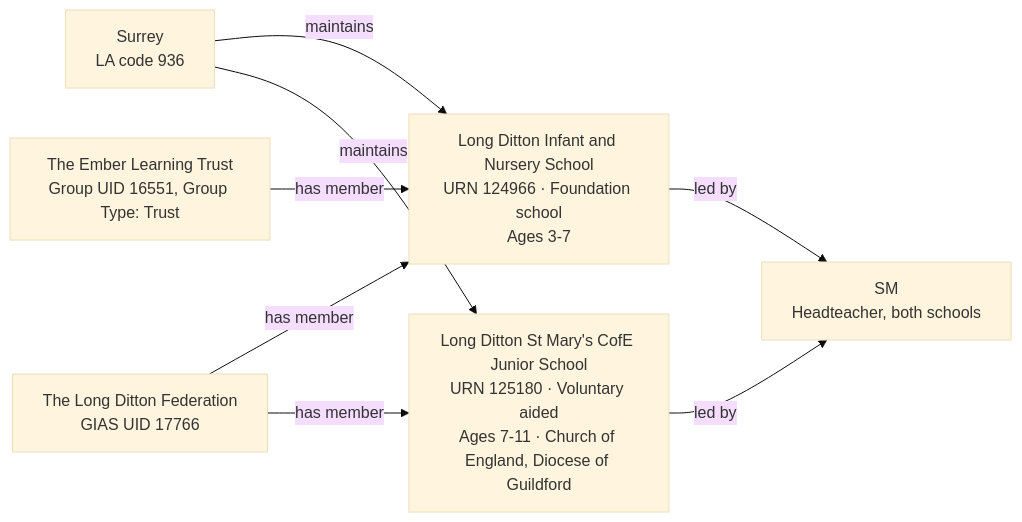
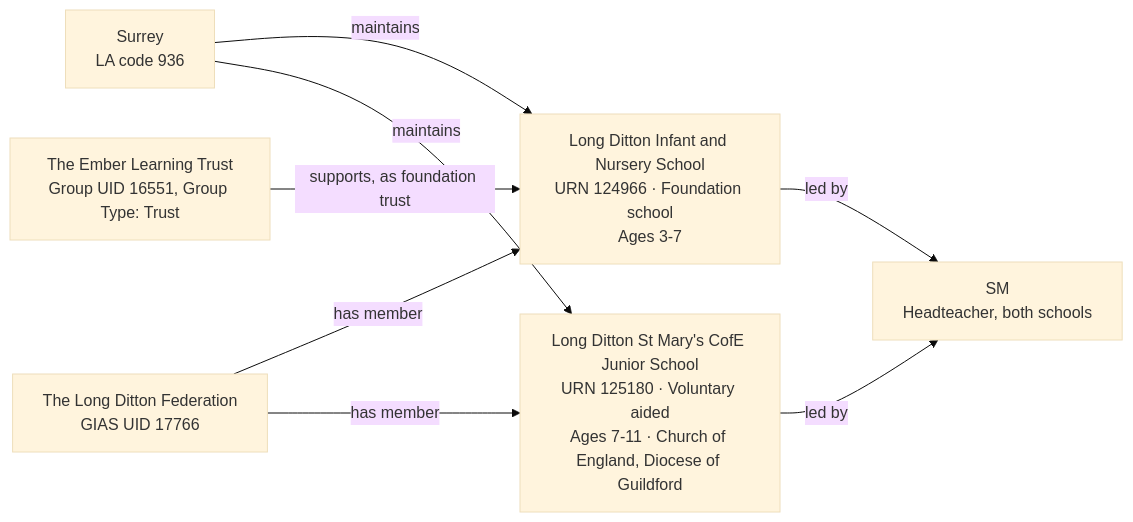
One commit to DFE-Digital/education-provider-registry-docs changed the diagram in docs-site/content/models/establishment/worked-examples/long-ditton/index.md. Above: the diagram before and after it, drawn with Mermaid (base theme). The commit also changed other lines of this file and 100 other files, not shown here.

````diff
--- a/docs-site/content/models/establishment/worked-examples/long-ditton/index.md
+++ b/docs-site/content/models/establishment/worked-examples/long-ditton/index.md
@@ -38,17 +38,17 @@
 ```mermaid
 flowchart LR
     LA["Surrey<br/>LA code 936"]
     ELT["The Ember Learning Trust<br/>Group UID 16551, Group Type: Trust"]
     F["The Long Ditton Federation<br/>GIAS UID 17766"]
     LDI["Long Ditton Infant and Nursery School<br/>URN 124966 · Foundation school<br/>Ages 3-7"]
     LDSM["Long Ditton St Mary's CofE Junior School<br/>URN 125180 · Voluntary aided<br/>Ages 7-11 · Church of England, Diocese of Guildford"]
 
     LA -->|"maintains"| LDI
     LA -->|"maintains"| LDSM
     F -->|"has member"| LDI
     F -->|"has member"| LDSM
-    ELT -->|"has member"| LDI
+    ELT -->|"supports, as foundation trust"| LDI
 
     LDI -->|"led by"| HT["SM<br/>Headteacher, both schools"]
     LDSM -->|"led by"| HT
 ```
````
